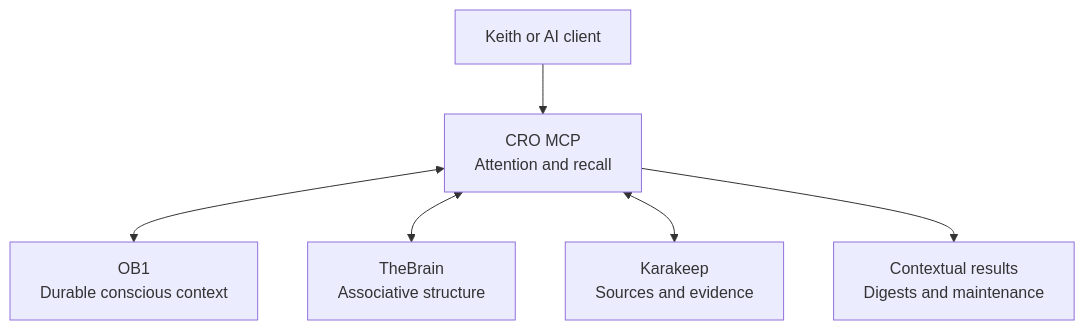
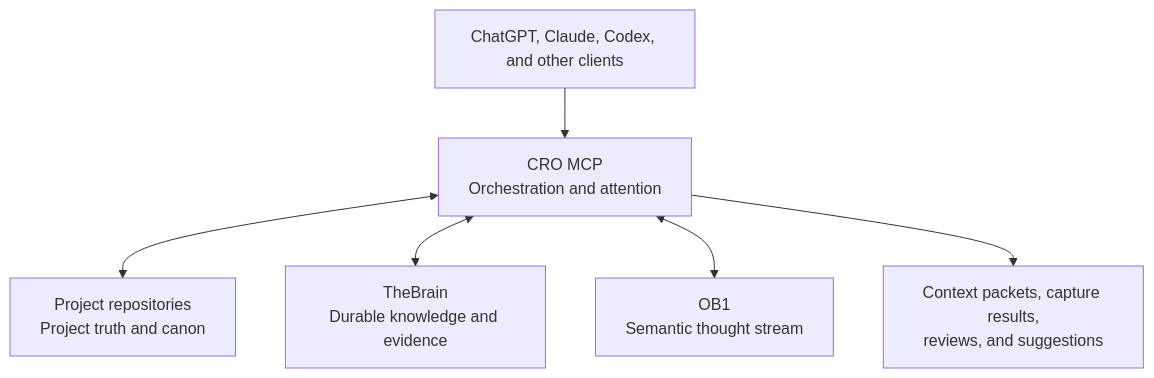
Before and after one commit to KeithBarrows/Cognitive-Research-Orchestrator: the first of 5 diagrams in docs/README.md, drawn with Mermaid. The commit also changed other lines of this file and 13 other files, not shown here.

First line of the commit message:
📐 Establish CRO architecture and capability baseline

````diff
--- a/docs/README.md
+++ b/docs/README.md
@@ -69,8 +41,8 @@
 ```mermaid
 flowchart TD
-    U["Keith or AI client"] --> M["CRO MCP<br/>Attention and recall"]
-    M <--> O["OB1<br/>Durable conscious context"]
-    M <--> T["TheBrain<br/>Associative structure"]
-    M <--> K["Karakeep<br/>Sources and evidence"]
-    M --> R["Contextual results<br/>Digests and maintenance"]
+    C["ChatGPT, Claude, Codex, and other clients"] --> M["CRO MCP<br/>Orchestration and attention"]
+    M <--> R["Project repositories<br/>Project truth and canon"]
+    M <--> T["TheBrain<br/>Durable knowledge and evidence"]
+    M <--> O["OB1<br/>Semantic thought stream"]
+    M --> X["Context packets, capture results,<br/>reviews, and suggestions"]
 ```
````
